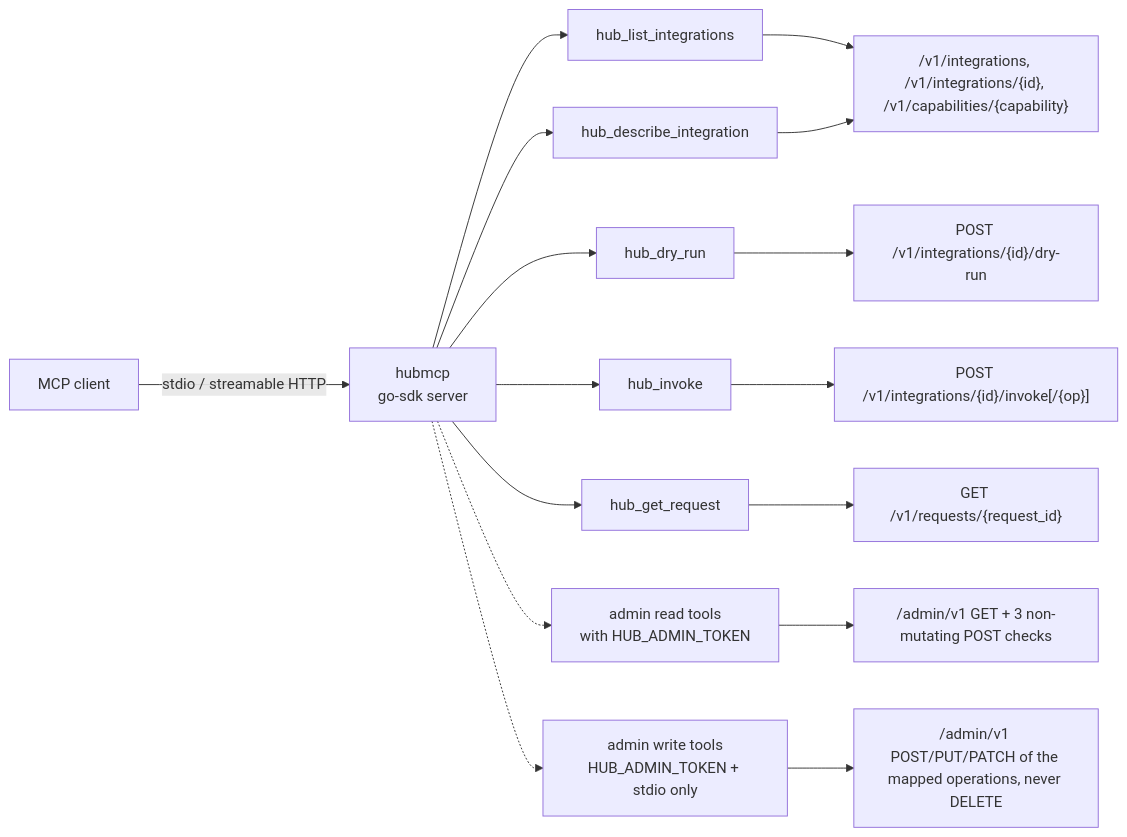
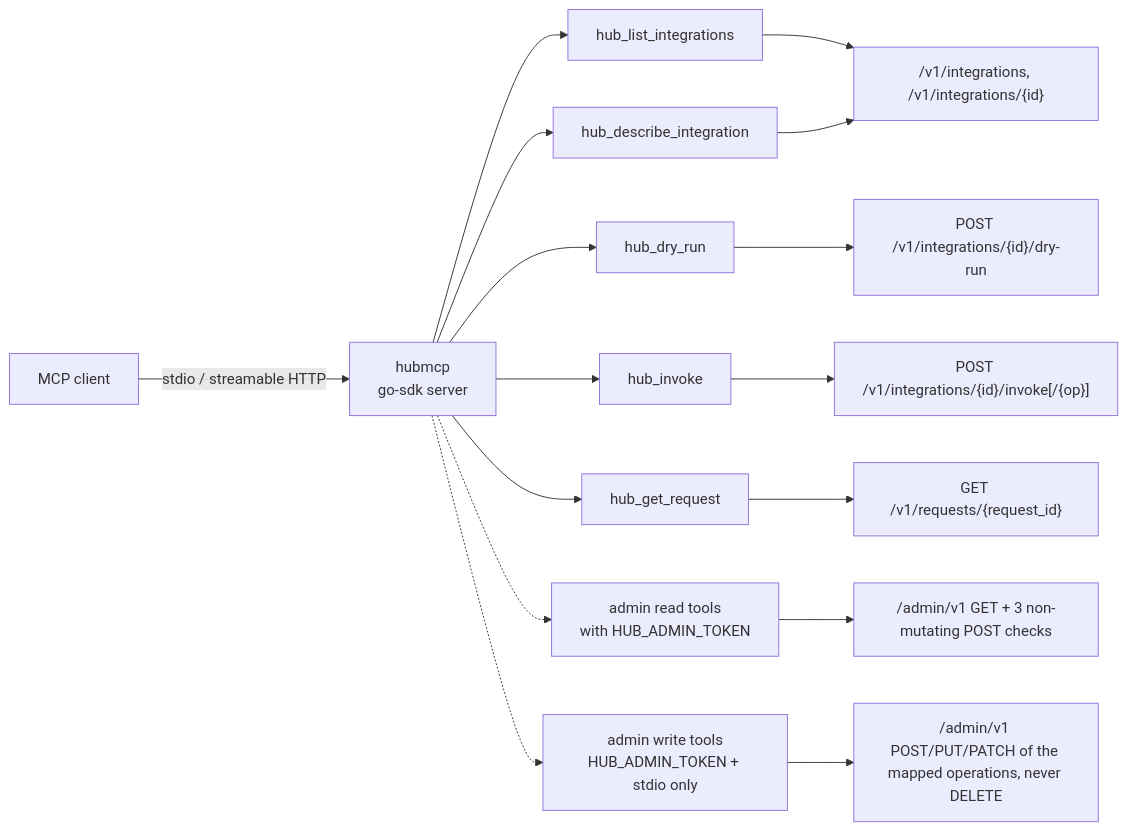
Before and after one commit to Donquixot-Doflamingo/integration-hub: the ninth of 9 diagrams in docs/tech/TECH_SPEC.md, drawn with Mermaid. The commit also changed other lines of this file and 12 other files, not shown here.

````diff
--- a/docs/tech/TECH_SPEC.md
+++ b/docs/tech/TECH_SPEC.md
@@ -810,13 +812,13 @@
 ```mermaid
 flowchart LR
   CL[MCP client] -- stdio / streamable HTTP --> S[hubmcp<br/>go-sdk server]
   S --> T1[hub_list_integrations] & T2[hub_describe_integration] & T3[hub_dry_run] & T4[hub_invoke] & T5[hub_get_request]
   S -.-> AT[admin read tools<br/>with HUB_ADMIN_TOKEN]
   S -.-> AW[admin write tools<br/>HUB_ADMIN_TOKEN + stdio only]
-  T1 & T2 --> D["/v1/integrations, /v1/integrations/{id}, /v1/capabilities/{capability}"]
+  T1 & T2 --> D["/v1/integrations, /v1/integrations/{id}"]
   T3 --> DR["POST /v1/integrations/{id}/dry-run"]
   T4 --> INV["POST /v1/integrations/{id}/invoke[/{op}]"]
   T5 --> RQ["GET /v1/requests/{request_id}"]
   AT --> ADM["/admin/v1 GET + 3 non-mutating POST checks"]
   AW --> ADMW["/admin/v1 POST/PUT/PATCH of the mapped operations, never DELETE"]
 ```
````
